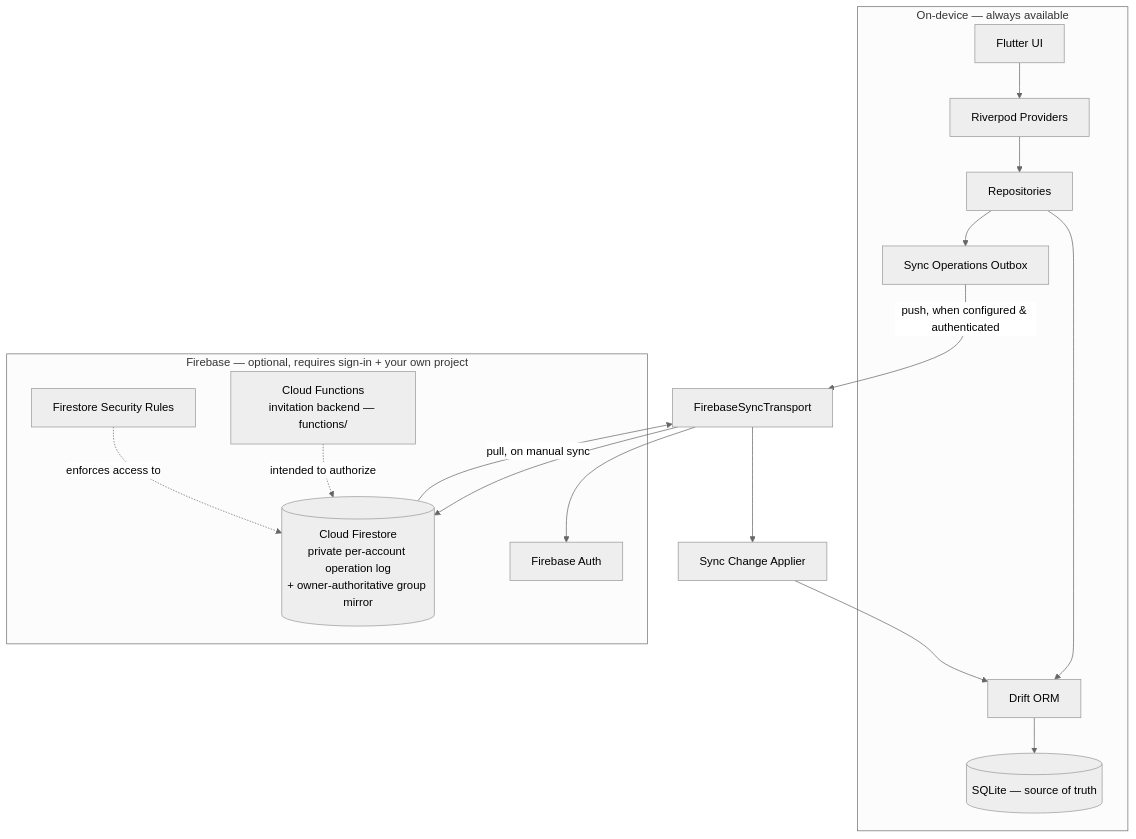
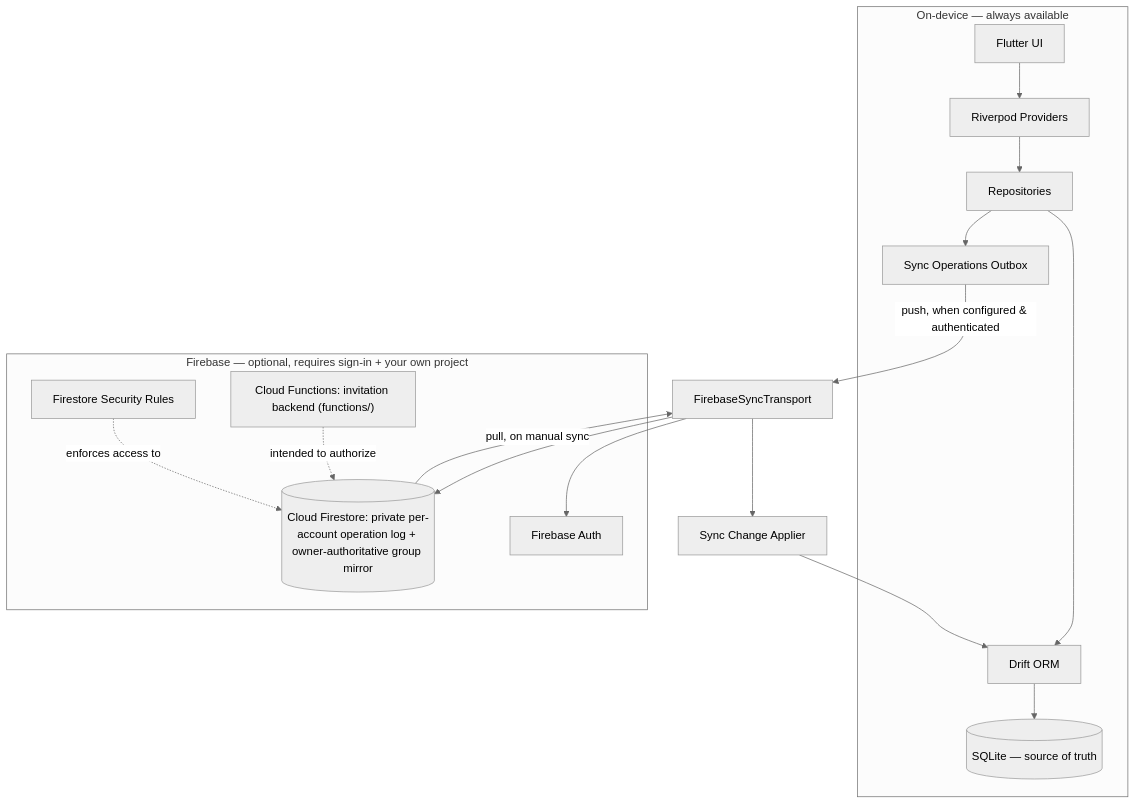
The first of 8 diagrams in README.md (KaranAgrawal25/Campus-QuickSplit), drawn with Mermaid (neutral theme) before and after one commit. The commit also changed other lines of this file, not shown here.

````diff
--- a/README.md
+++ b/README.md
@@ -159,26 +191,26 @@
 ```mermaid
 flowchart TD
     subgraph Device["On-device — always available"]
-        UI[Flutter UI] --> Providers[Riverpod Providers]
-        Providers --> Repos[Repositories]
-        Repos --> Drift[Drift ORM]
-        Drift --> SQLite[(SQLite — source of truth)]
-        Repos --> Outbox[Sync Operations Outbox]
+        UI["Flutter UI"] --> Providers["Riverpod Providers"]
+        Providers --> Repos["Repositories"]
+        Repos --> Drift["Drift ORM"]
+        Drift --> SQLite[("SQLite — source of truth")]
+        Repos --> Outbox["Sync Operations Outbox"]
     end
 
     subgraph Cloud["Firebase — optional, requires sign-in + your own project"]
-        Auth[Firebase Auth]
-        Rules[Firestore Security Rules]
-        Firestore[(Cloud Firestore\nprivate per-account operation log\n+ owner-authoritative group mirror)]
-        Functions[Cloud Functions\ninvitation backend — functions/]
+        Auth["Firebase Auth"]
+        Rules["Firestore Security Rules"]
+        Firestore[("Cloud Firestore: private per-account operation log + owner-authoritative group mirror")]
+        Functions["Cloud Functions: invitation backend (functions/)"]
     end
 
-    Outbox -->|push, when configured & authenticated| Transport[FirebaseSyncTransport]
+    Outbox -->|"push, when configured & authenticated"| Transport["FirebaseSyncTransport"]
     Transport --> Auth
     Transport --> Firestore
-    Rules -. enforces access to .-> Firestore
-    Firestore -->|pull, on manual sync| Transport
-    Transport --> Applier[Sync Change Applier]
+    Rules -. "enforces access to" .-> Firestore
+    Firestore -->|"pull, on manual sync"| Transport
+    Transport --> Applier["Sync Change Applier"]
     Applier --> Drift
-    Functions -. intended to authorize .-> Firestore
+    Functions -. "intended to authorize" .-> Firestore
 ```
````
